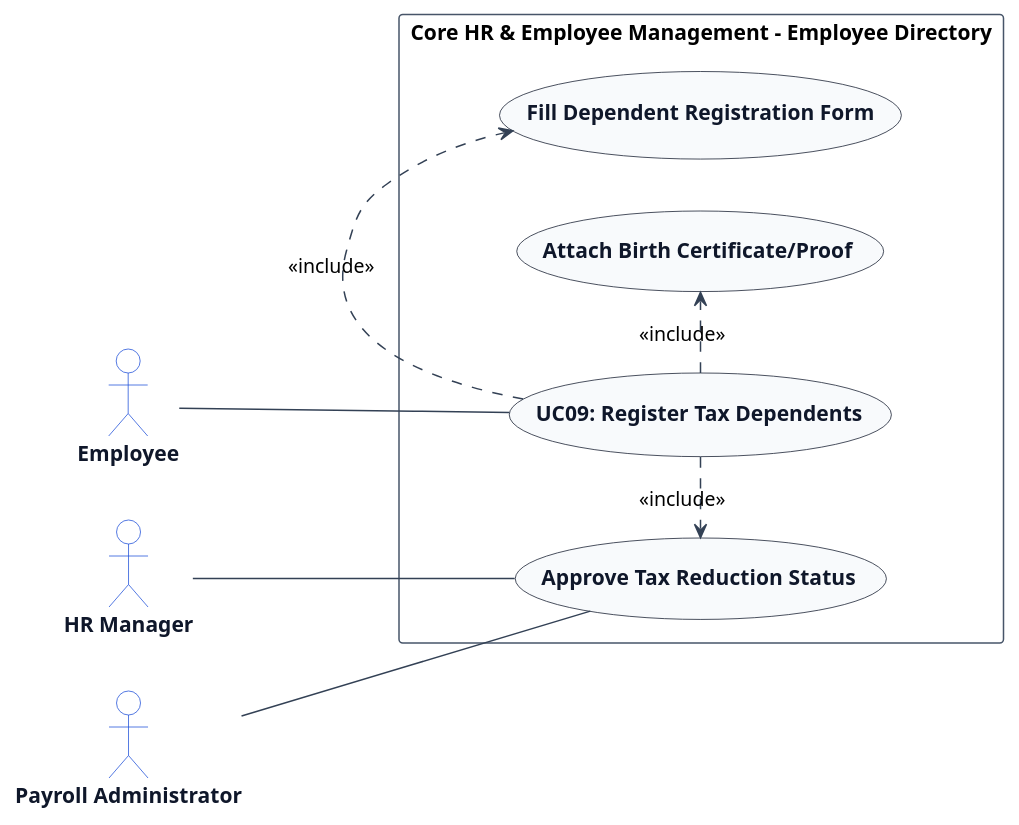
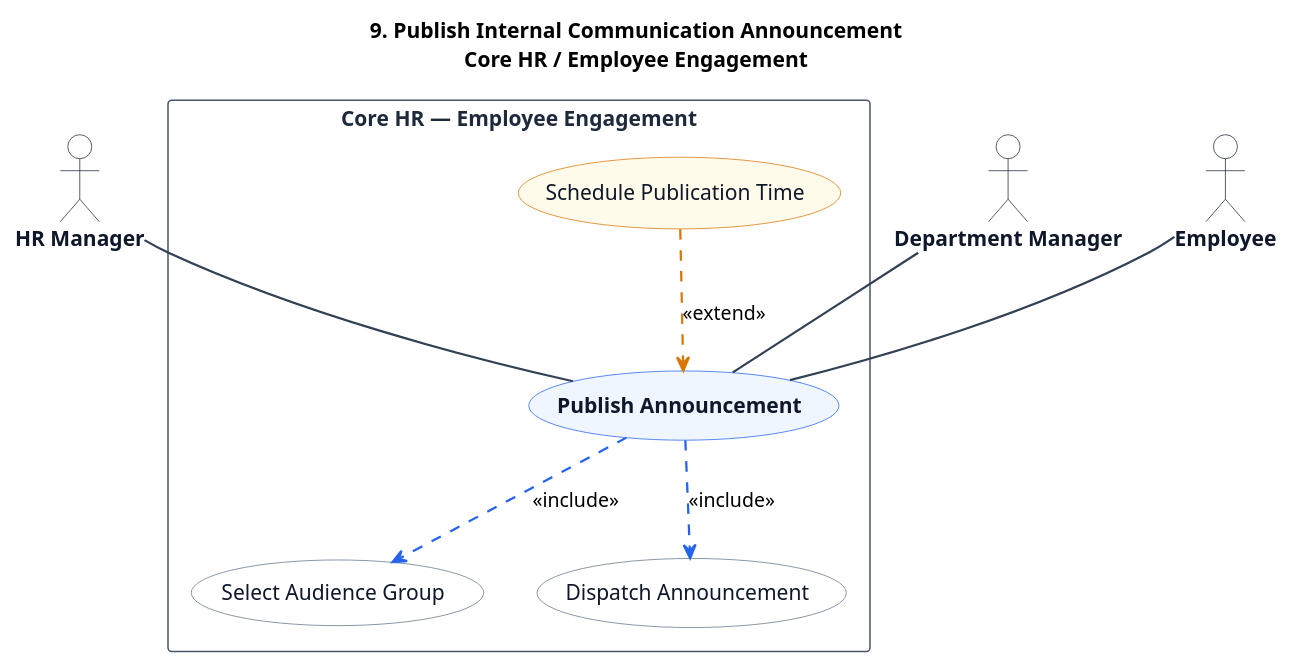
Before and after one commit to TamBui1706/HRPlatform: the diagram in usecase_puml/module_01_core_hr/UC09.puml, drawn with PlantUML. The commit also changed 256 other files, not shown here.

```diff
--- a/usecase_puml/module_01_core_hr/UC09.puml
+++ b/usecase_puml/module_01_core_hr/UC09.puml
@@ -1,38 +1,65 @@
 @startuml
-left to right direction
+title 9. Publish Internal Communication Announcement\nCore HR / Employee Engagement
+
 skinparam shadowing false
 skinparam packageStyle rectangle
 skinparam actorStyle stickman
 
-skinparam ArrowColor #334155
-skinparam ActorBorderColor #1d4ed8
+hide stereotype
+
+skinparam ActorBorderColor #1e293b
 skinparam ActorBackgroundColor #ffffff
 skinparam ActorFontColor #0f172a
 skinparam ActorFontStyle bold
 
-skinparam UsecaseBorderColor #0f172a
-skinparam UsecaseBackgroundColor #f8fafc
-skinparam UsecaseFontColor #0f172a
-skinparam UsecaseFontStyle bold
-
 skinparam RectangleBorderColor #475569
 skinparam RectangleBackgroundColor #ffffff
+skinparam RectangleFontColor #1e293b
+skinparam RectangleFontStyle bold
 
+skinparam ArrowColor #334155
+skinparam ArrowThickness 1.5
+
+skinparam usecase {
+    BackgroundColor #eff6ff
+    BorderColor #2563eb
+    FontColor #0f172a
+    FontStyle bold
+}
+
+skinparam usecase<<Inc>> {
+    BackgroundColor #ffffff
+    BorderColor #64748b
+    FontColor #0f172a
+    FontStyle normal
+}
+
+skinparam usecase<<Ext>> {
+    BackgroundColor #fffbeb
+    BorderColor #d97706
+    FontColor #0f172a
+    FontStyle normal
+}
+
+actor "HR Manager" as HRManager
+actor "Department Manager" as DepartmentManager
 actor "Employee" as Employee
-actor "HR Manager" as HRManager
-actor "Payroll Administrator" as PayrollAdministrator
 
-rectangle "Core HR & Employee Management - Employee Directory" {
-    usecase "UC09: Register Tax Dependents" as UC_Main
-    usecase "Fill Dependent Registration Form" as UC_FillForm
-    usecase "Attach Birth Certificate/Proof" as UC_AttachProof
-    usecase "Approve Tax Reduction Status" as UC_ApproveTax
+rectangle "Core HR — Employee Engagement" {
+    usecase "Publish Announcement" as UC_Main
 
+    usecase "Select Audience Group" as UC_Inc1 <<Inc>>
+    usecase "Dispatch Announcement" as UC_Inc2 <<Inc>>
+
+    usecase "Schedule Publication Time" as UC_Ext1 <<Ext>>
+
+    HRManager -- UC_Main
+    DepartmentManager -- UC_Main
     Employee -- UC_Main
-    HRManager -- UC_ApproveTax
-    PayrollAdministrator -- UC_ApproveTax
-    UC_Main .> UC_FillForm : <<include>>
-    UC_Main .> UC_AttachProof : <<include>>
-    UC_Main .> UC_ApproveTax : <<include>>
+
+    UC_Main .[#2563eb].> UC_Inc1 : <<include>>
+    UC_Main .[#2563eb].> UC_Inc2 : <<include>>
+
+    UC_Ext1 .[#d97706].> UC_Main : <<extend>>
 }
 @enduml
```
